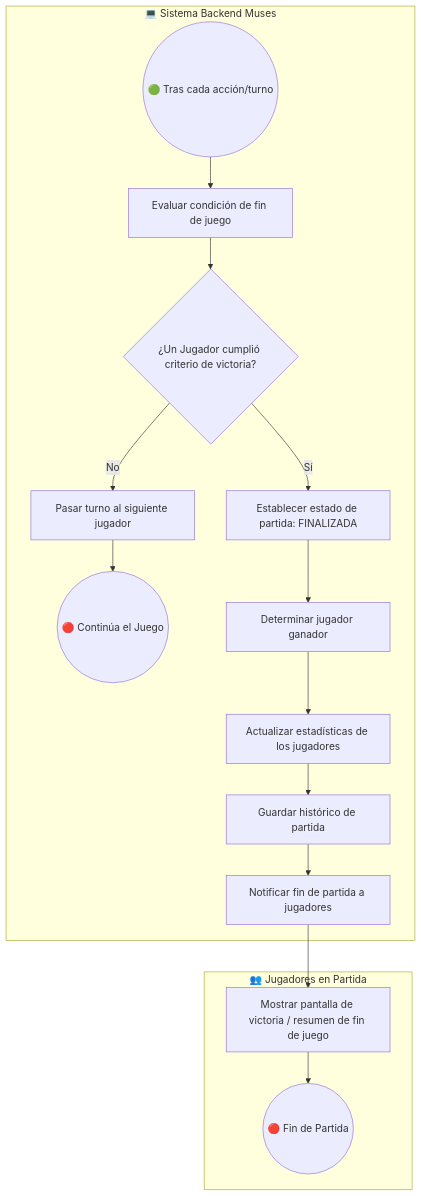
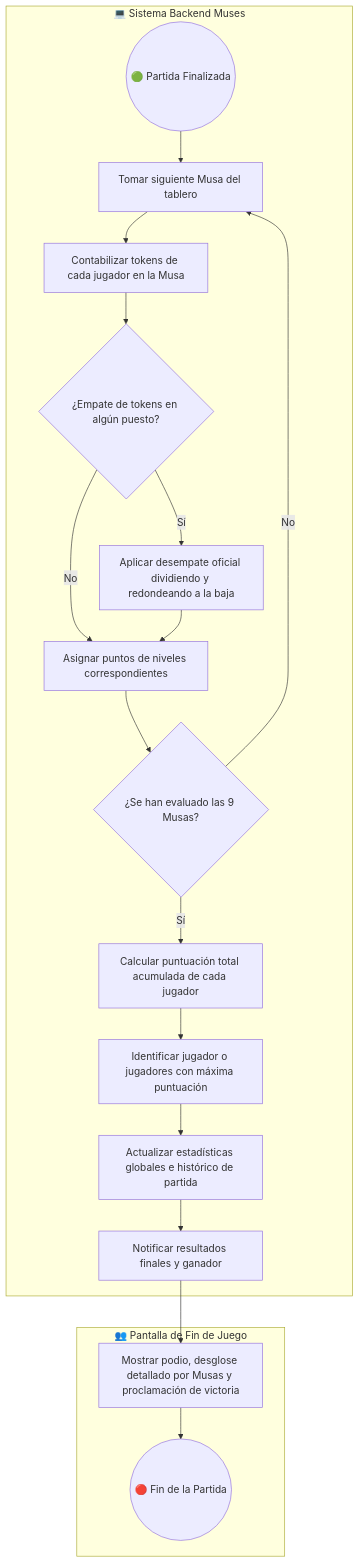
One commit to PedroJimenezGuerrero/Muses_TFG changed the eighth of 10 diagrams in docs/Análisis/Procesos de negocio.md. Above: the diagram before and after it, drawn with Mermaid. The commit also changed other lines of this file, not shown here.

````diff
--- a/docs/Análisis/Procesos de negocio.md
+++ b/docs/Análisis/Procesos de negocio.md
@@ -323,21 +278,25 @@
 ```mermaid
 flowchart TD
     subgraph Backend ["💻 Sistema Backend Muses"]
-        A(( 🟢 Tras cada acción/turno )) --> B[Evaluar condición de fin de juego]
-        B --> C{¿Un Jugador cumplió criterio de victoria?}
+        A(( 🟢 Partida Finalizada )) --> B[Tomar siguiente Musa del tablero]
+        B --> C[Contabilizar tokens de cada jugador en la Musa]
+        C --> D{¿Empate de tokens en algún puesto?}
         
-        C -- No --> D[Pasar turno al siguiente jugador]
-        D --> E(( 🔴 Continúa el Juego ))
-
-        C -- Sí --> F[Establecer estado de partida: FINALIZADA]
-        F --> G[Determinar jugador ganador]
-        G --> H[Actualizar estadísticas de los jugadores]
-        H --> I[Guardar histórico de partida]
-        I --> J[Notificar fin de partida a jugadores]
+        D -- Sí --> E[Aplicar desempate oficial dividiendo y redondeando a la baja]
+        D -- No --> F[Asignar puntos de niveles correspondientes]
+        E --> F
+        
+        F --> G{¿Se han evaluado las 9 Musas?}
+        G -- No --> B
+        G -- Sí --> H[Calcular puntuación total acumulada de cada jugador]
+        
+        H --> I[Identificar jugador o jugadores con máxima puntuación]
+        I --> J[Actualizar estadísticas globales e histórico de partida]
+        J --> K[Notificar resultados finales y ganador]
     end
 
-    subgraph Jugadores ["👥 Jugadores en Partida"]
-        J --> K[Mostrar pantalla de victoria / resumen de fin de juego]
-        K --> L(( 🔴 Fin de Partida ))
+    subgraph PantallaFinal ["👥 Pantalla de Fin de Juego"]
+        K --> L[Mostrar podio, desglose detallado por Musas y proclamación de victoria]
+        L --> M(( 🔴 Fin de la Partida ))
     end
 ```
````
